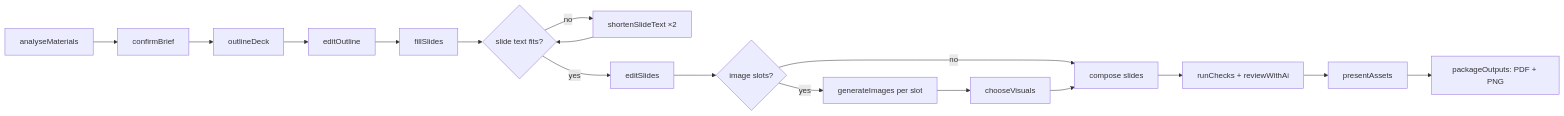
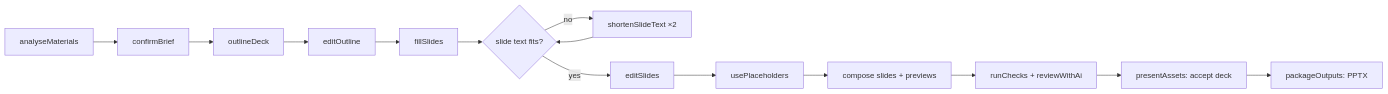
The diagram in docs/specs/deck-generation.md (roman-kovbasyuk/automation-studio), drawn with Mermaid before and after one commit. The commit also changed other lines of this file and 21 other files, not shown here.

````diff
--- a/docs/specs/deck-generation.md
+++ b/docs/specs/deck-generation.md
@@ -39,19 +57,16 @@
 ```mermaid
 flowchart LR
   A[analyseMaterials] --> B[confirmBrief]
   B --> C[outlineDeck]
   C --> D[editOutline]
   D --> E[fillSlides]
   E --> F{slide text fits?}
   F -->|no| G[shortenSlideText ×2]
   G --> F
   F -->|yes| H[editSlides]
-  H --> I{image slots?}
-  I -->|yes| J[generateImages per slot]
-  J --> K[chooseVisuals]
-  I -->|no| L
-  K --> L[compose slides]
-  L --> M[runChecks + reviewWithAi]
-  M --> N[presentAssets]
-  N --> O[packageOutputs: PDF + PNG]
+  H --> I[usePlaceholders]
+  I --> J[compose slides + previews]
+  J --> K[runChecks + reviewWithAi]
+  K --> L[presentAssets: accept deck]
+  L --> M[packageOutputs: PPTX]
 ```
````
